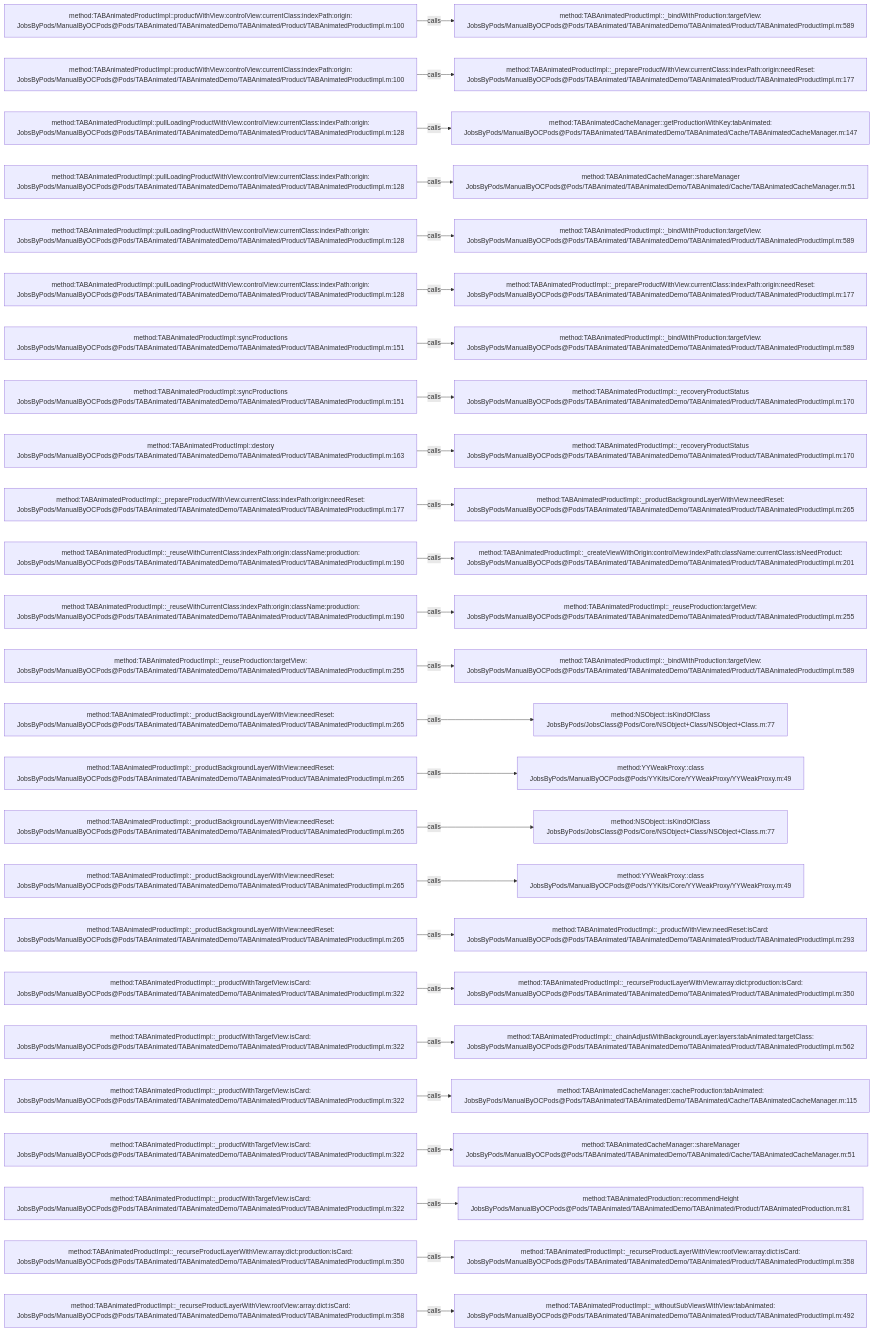
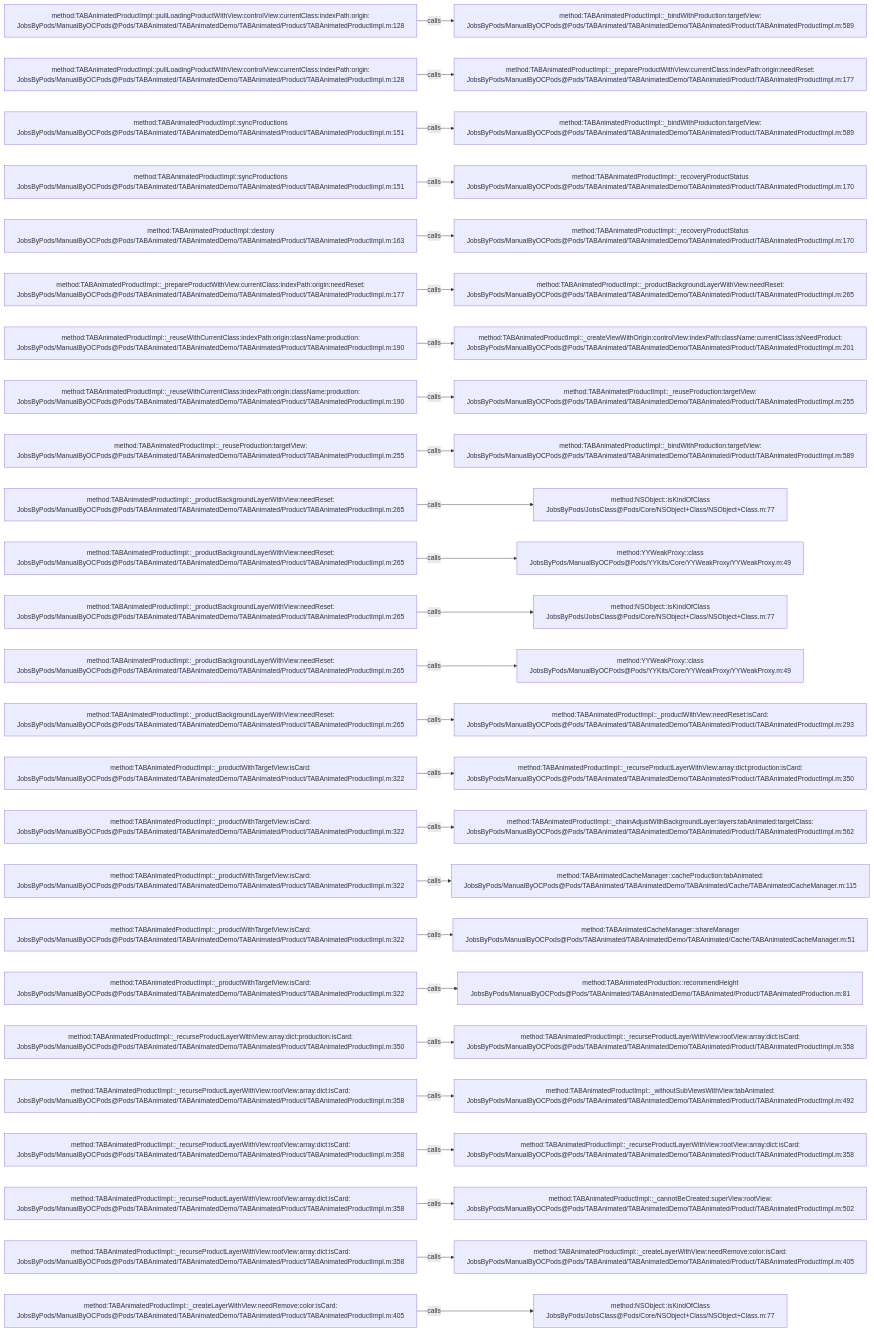
Before and after one commit to JobsKits/JobsOCBaseConfigDemo: the diagram in .codegraph/codegraph.md/graphs/calls-033.md, drawn with Mermaid. The commit also changed 727 other files, not shown here.

````diff
--- a/.codegraph/codegraph.md/graphs/calls-033.md
+++ b/.codegraph/codegraph.md/graphs/calls-033.md
@@ -13,78 +13,78 @@
 ```mermaid
 flowchart LR
-  S1["method:TABAnimatedProductImpl::productWithView:controlView:currentClass:indexPath:origin:<br/>JobsByPods/ManualByOCPods@Pods/TABAnimated/TABAnimatedDemo/TABAnimated/Product/TABAnimatedProductImpl.m:100"]
+  S1["method:TABAnimatedProductImpl::pullLoadingProductWithView:controlView:currentClass:indexPath:origin:<br/>JobsByPods/ManualByOCPods@Pods/TABAnimated/TABAnimatedDemo/TABAnimated/Product/TABAnimatedProductImpl.m:128"]
   T1["method:TABAnimatedProductImpl::_bindWithProduction:targetView:<br/>JobsByPods/ManualByOCPods@Pods/TABAnimated/TABAnimatedDemo/TABAnimated/Product/TABAnimatedProductImpl.m:589"]
   S1 -->|calls| T1
-  S2["method:TABAnimatedProductImpl::productWithView:controlView:currentClass:indexPath:origin:<br/>JobsByPods/ManualByOCPods@Pods/TABAnimated/TABAnimatedDemo/TABAnimated/Product/TABAnimatedProductImpl.m:100"]
+  S2["method:TABAnimatedProductImpl::pullLoadingProductWithView:controlView:currentClass:indexPath:origin:<br/>JobsByPods/ManualByOCPods@Pods/TABAnimated/TABAnimatedDemo/TABAnimated/Product/TABAnimatedProductImpl.m:128"]
   T2["method:TABAnimatedProductImpl::_prepareProductWithView:currentClass:indexPath:origin:needReset:<br/>JobsByPods/ManualByOCPods@Pods/TABAnimated/TABAnimatedDemo/TABAnimated/Product/TABAnimatedProductImpl.m:177"]
   S2 -->|calls| T2
-  S3["method:TABAnimatedProductImpl::pullLoadingProductWithView:controlView:currentClass:indexPath:origin:<br/>JobsByPods/ManualByOCPods@Pods/TABAnimated/TABAnimatedDemo/TABAnimated/Product/TABAnimatedProductImpl.m:128"]
-  T3["method:TABAnimatedCacheManager::getProductionWithKey:tabAnimated:<br/>JobsByPods/ManualByOCPods@Pods/TABAnimated/TABAnimatedDemo/TABAnimated/Cache/TABAnimatedCacheManager.m:147"]
+  S3["method:TABAnimatedProductImpl::syncProductions<br/>JobsByPods/ManualByOCPods@Pods/TABAnimated/TABAnimatedDemo/TABAnimated/Product/TABAnimatedProductImpl.m:151"]
+  T3["method:TABAnimatedProductImpl::_bindWithProduction:targetView:<br/>JobsByPods/ManualByOCPods@Pods/TABAnimated/TABAnimatedDemo/TABAnimated/Product/TABAnimatedProductImpl.m:589"]
   S3 -->|calls| T3
-  S4["method:TABAnimatedProductImpl::pullLoadingProductWithView:controlView:currentClass:indexPath:origin:<br/>JobsByPods/ManualByOCPods@Pods/TABAnimated/TABAnimatedDemo/TABAnimated/Product/TABAnimatedProductImpl.m:128"]
-  T4["method:TABAnimatedCacheManager::shareManager<br/>JobsByPods/ManualByOCPods@Pods/TABAnimated/TABAnimatedDemo/TABAnimated/Cache/TABAnimatedCacheManager.m:51"]
+  S4["method:TABAnimatedProductImpl::syncProductions<br/>JobsByPods/ManualByOCPods@Pods/TABAnimated/TABAnimatedDemo/TABAnimated/Product/TABAnimatedProductImpl.m:151"]
+  T4["method:TABAnimatedProductImpl::_recoveryProductStatus<br/>JobsByPods/ManualByOCPods@Pods/TABAnimated/TABAnimatedDemo/TABAnimated/Product/TABAnimatedProductImpl.m:170"]
   S4 -->|calls| T4
-  S5["method:TABAnimatedProductImpl::pullLoadingProductWithView:controlView:currentClass:indexPath:origin:<br/>JobsByPods/ManualByOCPods@Pods/TABAnimated/TABAnimatedDemo/TABAnimated/Product/TABAnimatedProductImpl.m:128"]
-  T5["method:TABAnimatedProductImpl::_bindWithProduction:targetView:<br/>JobsByPods/ManualByOCPods@Pods/TABAnimated/TABAnimatedDemo/TABAnimated/Product/TABAnimatedProductImpl.m:589"]
+  S5["method:TABAnimatedProductImpl::destory<br/>JobsByPods/ManualByOCPods@Pods/TABAnimated/TABAnimatedDemo/TABAnimated/Product/TABAnimatedProductImpl.m:163"]
+  T5["method:TABAnimatedProductImpl::_recoveryProductStatus<br/>JobsByPods/ManualByOCPods@Pods/TABAnimated/TABAnimatedDemo/TABAnimated/Product/TABAnimatedProductImpl.m:170"]
   S5 -->|calls| T5
-  S6["method:TABAnimatedProductImpl::pullLoadingProductWithView:controlView:currentClass:indexPath:origin:<br/>JobsByPods/ManualByOCPods@Pods/TABAnimated/TABAnimatedDemo/TABAnimated/Product/TABAnimatedProductImpl.m:128"]
-  T6["method:TABAnimatedProductImpl::_prepareProductWithView:currentClass:indexPath:origin:needReset:<br/>JobsByPods/ManualByOCPods@Pods/TABAnimated/TABAnimatedDemo/TABAnimated/Product/TABAnimatedProductImpl.m:177"]
+  S6["method:TABAnimatedProductImpl::_prepareProductWithView:currentClass:indexPath:origin:needReset:<br/>JobsByPods/ManualByOCPods@Pods/TABAnimated/TABAnimatedDemo/TABAnimated/Product/TABAnimatedProductImpl.m:177"]
+  T6["method:TABAnimatedProductImpl::_productBackgroundLayerWithView:needReset:<br/>JobsByPods/ManualByOCPods@Pods/TABAnimated/TABAnimatedDemo/TABAnimated/Product/TABAnimatedProductImpl.m:265"]
   S6 -->|calls| T6
-  S7["method:TABAnimatedProductImpl::syncProductions<br/>JobsByPods/ManualByOCPods@Pods/TABAnimated/TABAnimatedDemo/TABAnimated/Product/TABAnimatedProductImpl.m:151"]
-  T7["method:TABAnimatedProductImpl::_bindWithProduction:targetView:<br/>JobsByPods/ManualByOCPods@Pods/TABAnimated/TABAnimatedDemo/TABAnimated/Product/TABAnimatedProductImpl.m:589"]
+  S7["method:TABAnimatedProductImpl::_reuseWithCurrentClass:indexPath:origin:className:production:<br/>JobsByPods/ManualByOCPods@Pods/TABAnimated/TABAnimatedDemo/TABAnimated/Product/TABAnimatedProductImpl.m:190"]
+  T7["method:TABAnimatedProductImpl::_createViewWithOrigin:controlView:indexPath:className:currentClass:isNeedProduct:<br/>JobsByPods/ManualByOCPods@Pods/TABAnimated/TABAnimatedDemo/TABAnimated/Product/TABAnimatedProductImpl.m:201"]
   S7 -->|calls| T7
-  S8["method:TABAnimatedProductImpl::syncProductions<br/>JobsByPods/ManualByOCPods@Pods/TABAnimated/TABAnimatedDemo/TABAnimated/Product/TABAnimatedProductImpl.m:151"]
-  T8["method:TABAnimatedProductImpl::_recoveryProductStatus<br/>JobsByPods/ManualByOCPods@Pods/TABAnimated/TABAnimatedDemo/TABAnimated/Product/TABAnimatedProductImpl.m:170"]
+  S8["method:TABAnimatedProductImpl::_reuseWithCurrentClass:indexPath:origin:className:production:<br/>JobsByPods/ManualByOCPods@Pods/TABAnimated/TABAnimatedDemo/TABAnimated/Product/TABAnimatedProductImpl.m:190"]
+  T8["method:TABAnimatedProductImpl::_reuseProduction:targetView:<br/>JobsByPods/ManualByOCPods@Pods/TABAnimated/TABAnimatedDemo/TABAnimated/Product/TABAnimatedProductImpl.m:255"]
   S8 -->|calls| T8
-  S9["method:TABAnimatedProductImpl::destory<br/>JobsByPods/ManualByOCPods@Pods/TABAnimated/TABAnimatedDemo/TABAnimated/Product/TABAnimatedProductImpl.m:163"]
-  T9["method:TABAnimatedProductImpl::_recoveryProductStatus<br/>JobsByPods/ManualByOCPods@Pods/TABAnimated/TABAnimatedDemo/TABAnimated/Product/TABAnimatedProductImpl.m:170"]
+  S9["method:TABAnimatedProductImpl::_reuseProduction:targetView:<br/>JobsByPods/ManualByOCPods@Pods/TABAnimated/TABAnimatedDemo/TABAnimated/Product/TABAnimatedProductImpl.m:255"]
+  T9["method:TABAnimatedProductImpl::_bindWithProduction:targetView:<br/>JobsByPods/ManualByOCPods@Pods/TABAnimated/TABAnimatedDemo/TABAnimated/Product/TABAnimatedProductImpl.m:589"]
   S9 -->|calls| T9
-  S10["method:TABAnimatedProductImpl::_prepareProductWithView:currentClass:indexPath:origin:needReset:<br/>JobsByPods/ManualByOCPods@Pods/TABAnimated/TABAnimatedDemo/TABAnimated/Product/TABAnimatedProductImpl.m:177"]
-  T10["method:TABAnimatedProductImpl::_productBackgroundLayerWithView:needReset:<br/>JobsByPods/ManualByOCPods@Pods/TABAnimated/TABAnimatedDemo/TABAnimated/Product/TABAnimatedProductImpl.m:265"]
+  S10["method:TABAnimatedProductImpl::_productBackgroundLayerWithView:needReset:<br/>JobsByPods/ManualByOCPods@Pods/TABAnimated/TABAnimatedDemo/TABAnimated/Product/TABAnimatedProductImpl.m:265"]
+  T10["method:NSObject::isKindOfClass<br/>JobsByPods/JobsClass@Pods/Core/NSObject+Class/NSObject+Class.m:77"]
   S10 -->|calls| T10
-  S11["method:TABAnimatedProductImpl::_reuseWithCurrentClass:indexPath:origin:className:production:<br/>JobsByPods/ManualByOCPods@Pods/TABAnimated/TABAnimatedDemo/TABAnimated/Product/TABAnimatedProductImpl.m:190"]
-  T11["method:TABAnimatedProductImpl::_createViewWithOrigin:controlView:indexPath:className:currentClass:isNeedProduct:<br/>JobsByPods/ManualByOCPods@Pods/TABAnimated/TABAnimatedDemo/TABAnimated/Product/TABAnimatedProductImpl.m:201"]
+  S11["method:TABAnimatedProductImpl::_productBackgroundLayerWithView:needReset:<br/>JobsByPods/ManualByOCPods@Pods/TABAnimated/TABAnimatedDemo/TABAnimated/Product/TABAnimatedProductImpl.m:265"]
+  T11["method:YYWeakProxy::class<br/>JobsByPods/ManualByOCPods@Pods/YYKits/Core/YYWeakProxy/YYWeakProxy.m:49"]
   S11 -->|calls| T11
-  S12["method:TABAnimatedProductImpl::_reuseWithCurrentClass:indexPath:origin:className:production:<br/>JobsByPods/ManualByOCPods@Pods/TABAnimated/TABAnimatedDemo/TABAnimated/Product/TABAnimatedProductImpl.m:190"]
-  T12["method:TABAnimatedProductImpl::_reuseProduction:targetView:<br/>JobsByPods/ManualByOCPods@Pods/TABAnimated/TABAnimatedDemo/TABAnimated/Product/TABAnimatedProductImpl.m:255"]
+  S12["method:TABAnimatedProductImpl::_productBackgroundLayerWithView:needReset:<br/>JobsByPods/ManualByOCPods@Pods/TABAnimated/TABAnimatedDemo/TABAnimated/Product/TABAnimatedProductImpl.m:265"]
+  T12["method:NSObject::isKindOfClass<br/>JobsByPods/JobsClass@Pods/Core/NSObject+Class/NSObject+Class.m:77"]
   S12 -->|calls| T12
-  S13["method:TABAnimatedProductImpl::_reuseProduction:targetView:<br/>JobsByPods/ManualByOCPods@Pods/TABAnimated/TABAnimatedDemo/TABAnimated/Product/TABAnimatedProductImpl.m:255"]
-  T13["method:TABAnimatedProductImpl::_bindWithProduction:targetView:<br/>JobsByPods/ManualByOCPods@Pods/TABAnimated/TABAnimatedDemo/TABAnimated/Product/TABAnimatedProductImpl.m:589"]
+  S13["method:TABAnimatedProductImpl::_productBackgroundLayerWithView:needReset:<br/>JobsByPods/ManualByOCPods@Pods/TABAnimated/TABAnimatedDemo/TABAnimated/Product/TABAnimatedProductImpl.m:265"]
+  T13["method:YYWeakProxy::class<br/>JobsByPods/ManualByOCPods@Pods/YYKits/Core/YYWeakProxy/YYWeakProxy.m:49"]
   S13 -->|calls| T13
   S14["method:TABAnimatedProductImpl::_productBackgroundLayerWithView:needReset:<br/>JobsByPods/ManualByOCPods@Pods/TABAnimated/TABAnimatedDemo/TABAnimated/Product/TABAnimatedProductImpl.m:265"]
-  T14["method:NSObject::isKindOfClass<br/>JobsByPods/JobsClass@Pods/Core/NSObject+Class/NSObject+Class.m:77"]
+  T14["method:TABAnimatedProductImpl::_productWithView:needReset:isCard:<br/>JobsByPods/ManualByOCPods@Pods/TABAnimated/TABAnimatedDemo/TABAnimated/Product/TABAnimatedProductImpl.m:293"]
   S14 -->|calls| T14
-  S15["method:TABAnimatedProductImpl::_productBackgroundLayerWithView:needReset:<br/>JobsByPods/ManualByOCPods@Pods/TABAnimated/TABAnimatedDemo/TABAnimated/Product/TABAnimatedProductImpl.m:265"]
-  T15["method:YYWeakProxy::class<br/>JobsByPods/ManualByOCPods@Pods/YYKits/Core/YYWeakProxy/YYWeakProxy.m:49"]
+  S15["method:TABAnimatedProductImpl::_productWithTargetView:isCard:<br/>JobsByPods/ManualByOCPods@Pods/TABAnimated/TABAnimatedDemo/TABAnimated/Product/TABAnimatedProductImpl.m:322"]
+  T15["method:TABAnimatedProductImpl::_recurseProductLayerWithView:array:dict:production:isCard:<br/>JobsByPods/ManualByOCPods@Pods/TABAnimated/TABAnimatedDemo/TABAnimated/Product/TABAnimatedProductImpl.m:350"]
   S15 -->|calls| T15
-  S16["method:TABAnimatedProductImpl::_productBackgroundLayerWithView:needReset:<br/>JobsByPods/ManualByOCPods@Pods/TABAnimated/TABAnimatedDemo/TABAnimated/Product/TABAnimatedProductImpl.m:265"]
-  T16["method:NSObject::isKindOfClass<br/>JobsByPods/JobsClass@Pods/Core/NSObject+Class/NSObject+Class.m:77"]
+  S16["method:TABAnimatedProductImpl::_productWithTargetView:isCard:<br/>JobsByPods/ManualByOCPods@Pods/TABAnimated/TABAnimatedDemo/TABAnimated/Product/TABAnimatedProductImpl.m:322"]
+  T16["method:TABAnimatedProductImpl::_chainAdjustWithBackgroundLayer:layers:tabAnimated:targetClass:<br/>JobsByPods/ManualByOCPods@Pods/TABAnimated/TABAnimatedDemo/TABAnimated/Product/TABAnimatedProductImpl.m:562"]
   S16 -->|calls| T16
-  S17["method:TABAnimatedProductImpl::_productBackgroundLayerWithView:needReset:<br/>JobsByPods/ManualByOCPods@Pods/TABAnimated/TABAnimatedDemo/TABAnimated/Product/TABAnimatedProductImpl.m:265"]
-  T17["method:YYWeakProxy::class<br/>JobsByPods/ManualByOCPods@Pods/YYKits/Core/YYWeakProxy/YYWeakProxy.m:49"]
+  S17["method:TABAnimatedProductImpl::_productWithTargetView:isCard:<br/>JobsByPods/ManualByOCPods@Pods/TABAnimated/TABAnimatedDemo/TABAnimated/Product/TABAnimatedProductImpl.m:322"]
+  T17["method:TABAnimatedCacheManager::cacheProduction:tabAnimated:<br/>JobsByPods/ManualByOCPods@Pods/TABAnimated/TABAnimatedDemo/TABAnimated/Cache/TABAnimatedCacheManager.m:115"]
   S17 -->|calls| T17
-  S18["method:TABAnimatedProductImpl::_productBackgroundLayerWithView:needReset:<br/>JobsByPods/ManualByOCPods@Pods/TABAnimated/TABAnimatedDemo/TABAnimated/Product/TABAnimatedProductImpl.m:265"]
-  T18["method:TABAnimatedProductImpl::_productWithView:needReset:isCard:<br/>JobsByPods/ManualByOCPods@Pods/TABAnimated/TABAnimatedDemo/TABAnimated/Product/TABAnimatedProductImpl.m:293"]
+  S18["method:TABAnimatedProductImpl::_productWithTargetView:isCard:<br/>JobsByPods/ManualByOCPods@Pods/TABAnimated/TABAnimatedDemo/TABAnimated/Product/TABAnimatedProductImpl.m:322"]
+  T18["method:TABAnimatedCacheManager::shareManager<br/>JobsByPods/ManualByOCPods@Pods/TABAnimated/TABAnimatedDemo/TABAnimated/Cache/TABAnimatedCacheManager.m:51"]
   S18 -->|calls| T18
   S19["method:TABAnimatedProductImpl::_productWithTargetView:isCard:<br/>JobsByPods/ManualByOCPods@Pods/TABAnimated/TABAnimatedDemo/TABAnimated/Product/TABAnimatedProductImpl.m:322"]
-  T19["method:TABAnimatedProductImpl::_recurseProductLayerWithView:array:dict:production:isCard:<br/>JobsByPods/ManualByOCPods@Pods/TABAnimated/TABAnimatedDemo/TABAnimated/Product/TABAnimatedProductImpl.m:350"]
+  T19["method:TABAnimatedProduction::recommendHeight<br/>JobsByPods/ManualByOCPods@Pods/TABAnimated/TABAnimatedDemo/TABAnimated/Product/TABAnimatedProduction.m:81"]
   S19 -->|calls| T19
-  S20["method:TABAnimatedProductImpl::_productWithTargetView:isCard:<br/>JobsByPods/ManualByOCPods@Pods/TABAnimated/TABAnimatedDemo/TABAnimated/Product/TABAnimatedProductImpl.m:322"]
-  T20["method:TABAnimatedProductImpl::_chainAdjustWithBackgroundLayer:layers:tabAnimated:targetClass:<br/>JobsByPods/ManualByOCPods@Pods/TABAnimated/TABAnimatedDemo/TABAnimated/Product/TABAnimatedProductImpl.m:562"]
+  S20["method:TABAnimatedProductImpl::_recurseProductLayerWithView:array:dict:production:isCard:<br/>JobsByPods/ManualByOCPods@Pods/TABAnimated/TABAnimatedDemo/TABAnimated/Product/TABAnimatedProductImpl.m:350"]
+  T20["method:TABAnimatedProductImpl::_recurseProductLayerWithView:rootView:array:dict:isCard:<br/>JobsByPods/ManualByOCPods@Pods/TABAnimated/TABAnimatedDemo/TABAnimated/Product/TABAnimatedProductImpl.m:358"]
   S20 -->|calls| T20
-  S21["method:TABAnimatedProductImpl::_productWithTargetView:isCard:<br/>JobsByPods/ManualByOCPods@Pods/TABAnimated/TABAnimatedDemo/TABAnimated/Product/TABAnimatedProductImpl.m:322"]
-  T21["method:TABAnimatedCacheManager::cacheProduction:tabAnimated:<br/>JobsByPods/ManualByOCPods@Pods/TABAnimated/TABAnimatedDemo/TABAnimated/Cache/TABAnimatedCacheManager.m:115"]
+  S21["method:TABAnimatedProductImpl::_recurseProductLayerWithView:rootView:array:dict:isCard:<br/>JobsByPods/ManualByOCPods@Pods/TABAnimated/TABAnimatedDemo/TABAnimated/Product/TABAnimatedProductImpl.m:358"]
+  T21["method:TABAnimatedProductImpl::_withoutSubViewsWithView:tabAnimated:<br/>JobsByPods/ManualByOCPods@Pods/TABAnimated/TABAnimatedDemo/TABAnimated/Product/TABAnimatedProductImpl.m:492"]
   S21 -->|calls| T21
-  S22["method:TABAnimatedProductImpl::_productWithTargetView:isCard:<br/>JobsByPods/ManualByOCPods@Pods/TABAnimated/TABAnimatedDemo/TABAnimated/Product/TABAnimatedProductImpl.m:322"]
-  T22["method:TABAnimatedCacheManager::shareManager<br/>JobsByPods/ManualByOCPods@Pods/TABAnimated/TABAnimatedDemo/TABAnimated/Cache/TABAnimatedCacheManager.m:51"]
+  S22["method:TABAnimatedProductImpl::_recurseProductLayerWithView:rootView:array:dict:isCard:<br/>JobsByPods/ManualByOCPods@Pods/TABAnimated/TABAnimatedDemo/TABAnimated/Product/TABAnimatedProductImpl.m:358"]
+  T22["method:TABAnimatedProductImpl::_recurseProductLayerWithView:rootView:array:dict:isCard:<br/>JobsByPods/ManualByOCPods@Pods/TABAnimated/TABAnimatedDemo/TABAnimated/Product/TABAnimatedProductImpl.m:358"]
   S22 -->|calls| T22
-  S23["method:TABAnimatedProductImpl::_productWithTargetView:isCard:<br/>JobsByPods/ManualByOCPods@Pods/TABAnimated/TABAnimatedDemo/TABAnimated/Product/TABAnimatedProductImpl.m:322"]
-  T23["method:TABAnimatedProduction::recommendHeight<br/>JobsByPods/ManualByOCPods@Pods/TABAnimated/TABAnimatedDemo/TABAnimated/Product/TABAnimatedProduction.m:81"]
+  S23["method:TABAnimatedProductImpl::_recurseProductLayerWithView:rootView:array:dict:isCard:<br/>JobsByPods/ManualByOCPods@Pods/TABAnimated/TABAnimatedDemo/TABAnimated/Product/TABAnimatedProductImpl.m:358"]
+  T23["method:TABAnimatedProductImpl::_cannotBeCreated:superView:rootView:<br/>JobsByPods/ManualByOCPods@Pods/TABAnimated/TABAnimatedDemo/TABAnimated/Product/TABAnimatedProductImpl.m:502"]
   S23 -->|calls| T23
-  S24["method:TABAnimatedProductImpl::_recurseProductLayerWithView:array:dict:production:isCard:<br/>JobsByPods/ManualByOCPods@Pods/TABAnimated/TABAnimatedDemo/TABAnimated/Product/TABAnimatedProductImpl.m:350"]
-  T24["method:TABAnimatedProductImpl::_recurseProductLayerWithView:rootView:array:dict:isCard:<br/>JobsByPods/ManualByOCPods@Pods/TABAnimated/TABAnimatedDemo/TABAnimated/Product/TABAnimatedProductImpl.m:358"]
+  S24["method:TABAnimatedProductImpl::_recurseProductLayerWithView:rootView:array:dict:isCard:<br/>JobsByPods/ManualByOCPods@Pods/TABAnimated/TABAnimatedDemo/TABAnimated/Product/TABAnimatedProductImpl.m:358"]
+  T24["method:TABAnimatedProductImpl::_createLayerWithView:needRemove:color:isCard:<br/>JobsByPods/ManualByOCPods@Pods/TABAnimated/TABAnimatedDemo/TABAnimated/Product/TABAnimatedProductImpl.m:405"]
   S24 -->|calls| T24
-  S25["method:TABAnimatedProductImpl::_recurseProductLayerWithView:rootView:array:dict:isCard:<br/>JobsByPods/ManualByOCPods@Pods/TABAnimated/TABAnimatedDemo/TABAnimated/Product/TABAnimatedProductImpl.m:358"]
-  T25["method:TABAnimatedProductImpl::_withoutSubViewsWithView:tabAnimated:<br/>JobsByPods/ManualByOCPods@Pods/TABAnimated/TABAnimatedDemo/TABAnimated/Product/TABAnimatedProductImpl.m:492"]
+  S25["method:TABAnimatedProductImpl::_createLayerWithView:needRemove:color:isCard:<br/>JobsByPods/ManualByOCPods@Pods/TABAnimated/TABAnimatedDemo/TABAnimated/Product/TABAnimatedProductImpl.m:405"]
+  T25["method:NSObject::isKindOfClass<br/>JobsByPods/JobsClass@Pods/Core/NSObject+Class/NSObject+Class.m:77"]
   S25 -->|calls| T25
 ```
````
